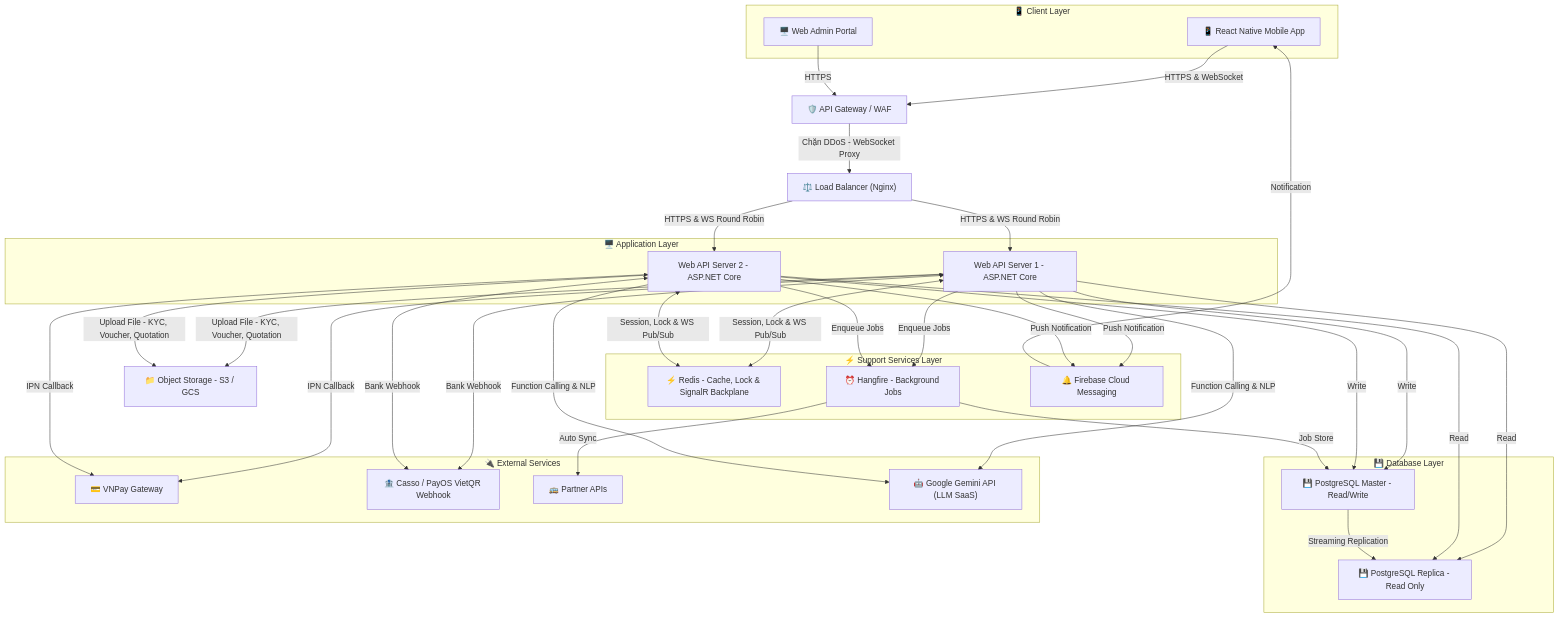
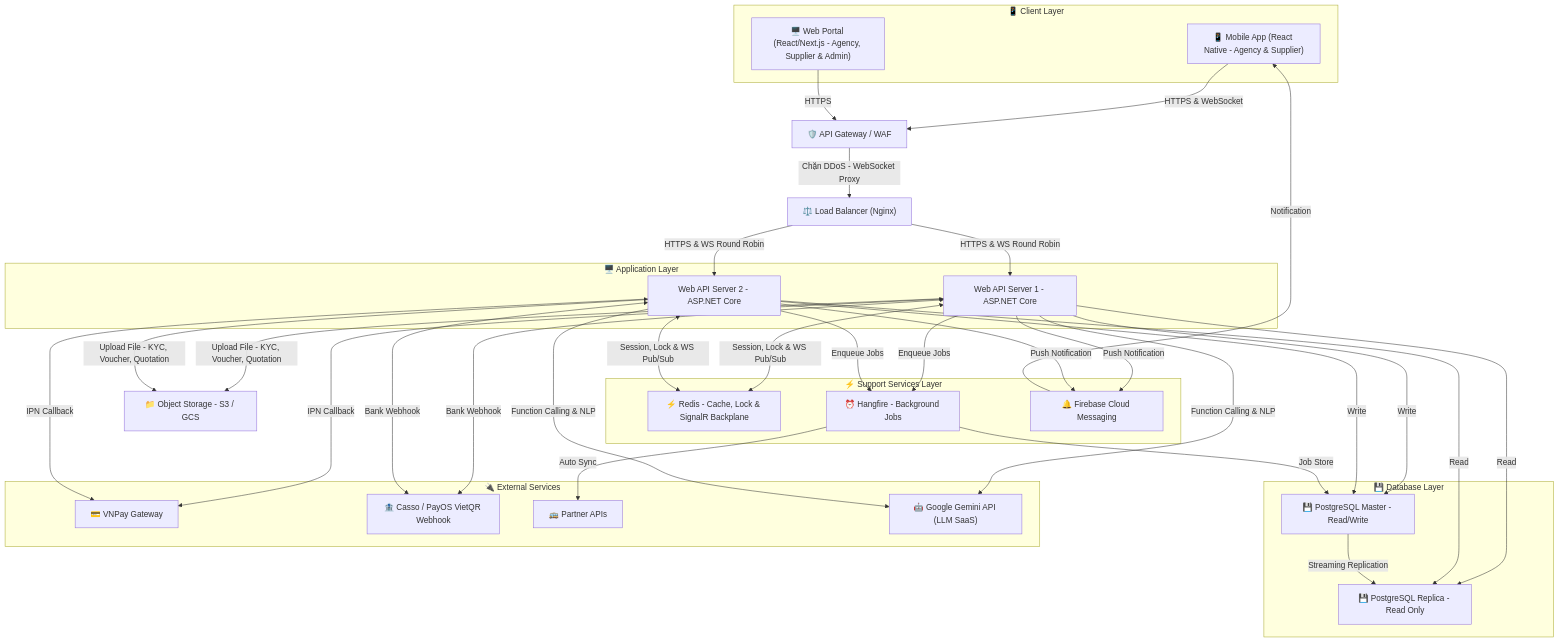
Before and after one commit to thanh-16/B2B_Tour: the diagram in docs/Kiến trúc phần cứng/README.md, drawn with Mermaid. The commit also changed other lines of this file and 9 other files, not shown here.

````diff
--- a/docs/Kiến trúc phần cứng/README.md
+++ b/docs/Kiến trúc phần cứng/README.md
@@ -11,80 +11,80 @@
 ```mermaid
 graph TD
     %% ────────────────────────────────────────────────────
     %% TẦNG CLIENT (Người dùng cuối)
     %% ────────────────────────────────────────────────────
     subgraph ClientLayer["📱 Client Layer"]
-        MobileApp["📱 React Native Mobile App"]
-        WebAdmin["🖥️ Web Admin Portal"]
+        MobileApp["📱 Mobile App (React Native - Agency & Supplier)"]
+        WebPortal["🖥️ Web Portal (React/Next.js - Agency, Supplier & Admin)"]
     end
 
     %% ────────────────────────────────────────────────────
     %% TẦNG BẢO VỆ (Security Gateway)
     %% ────────────────────────────────────────────────────
     MobileApp -->|HTTPS & WebSocket| WAF["🛡️ API Gateway / WAF"]
-    WebAdmin -->|HTTPS| WAF
+    WebPortal -->|HTTPS| WAF
     WAF -->|Chặn DDoS - WebSocket Proxy| LB["⚖️ Load Balancer (Nginx)"]
 
     %% ────────────────────────────────────────────────────
     %% TẦNG ỨNG DỤNG (Application Layer)
     %% ────────────────────────────────────────────────────
     subgraph AppServers["🖥️ Application Layer"]
         API1["Web API Server 1 - ASP.NET Core"]
         API2["Web API Server 2 - ASP.NET Core"]
     end
     LB -->|HTTPS & WS Round Robin| API1
     LB -->|HTTPS & WS Round Robin| API2
 
     %% ────────────────────────────────────────────────────
     %% TẦNG DỊCH VỤ BỔ TRỢ (Cache, Queue, Notification)
     %% ────────────────────────────────────────────────────
     subgraph SupportServices["⚡ Support Services Layer"]
         REDIS["⚡ Redis - Cache, Lock & SignalR Backplane"]
         HANGFIRE["⏰ Hangfire - Background Jobs"]
         FCM["🔔 Firebase Cloud Messaging"]
     end
     API1 <-->|Session, Lock & WS Pub/Sub| REDIS
     API2 <-->|Session, Lock & WS Pub/Sub| REDIS
     API1 -->|Enqueue Jobs| HANGFIRE
     API2 -->|Enqueue Jobs| HANGFIRE
     API1 -->|Push Notification| FCM
     API2 -->|Push Notification| FCM
     FCM -->|Notification| MobileApp
 
     %% ────────────────────────────────────────────────────
     %% TẦNG CƠ SỞ DỮ LIỆU (Database Layer)
     %% ────────────────────────────────────────────────────
     subgraph DatabaseLayer["💾 Database Layer"]
         DB_Master["💾 PostgreSQL Master - Read/Write"]
         DB_Replica["💾 PostgreSQL Replica - Read Only"]
     end
     API1 -->|Write| DB_Master
     API2 -->|Write| DB_Master
     API1 -->|Read| DB_Replica
     API2 -->|Read| DB_Replica
     DB_Master -->|Streaming Replication| DB_Replica
     HANGFIRE -->|Job Store| DB_Master
 
     %% ────────────────────────────────────────────────────
     %% TẦNG LƯU TRỮ FILE (Object Storage)
     %% ────────────────────────────────────────────────────
     STORAGE["📁 Object Storage - S3 / GCS"]
     API1 -->|Upload File - KYC, Voucher, Quotation| STORAGE
     API2 -->|Upload File - KYC, Voucher, Quotation| STORAGE
 
     %% ────────────────────────────────────────────────────
     %% HỆ THỐNG BÊN NGOÀI (External Partners & SaaS)
     %% ────────────────────────────────────────────────────
     subgraph ExternalServices["🔌 External Services"]
         VNPAY["💳 VNPay Gateway"]
         CASSO["🏦 Casso / PayOS VietQR Webhook"]
         PARTNER["🚌 Partner APIs"]
         GEMINI["🤖 Google Gemini API (LLM SaaS)"]
     end
     API1 <-->|IPN Callback| VNPAY
     API2 <-->|IPN Callback| VNPAY
     API1 <-->|Bank Webhook| CASSO
     API2 <-->|Bank Webhook| CASSO
     API1 & API2 -->|Function Calling & NLP| GEMINI
     HANGFIRE -->|Auto Sync| PARTNER
 ```
````
